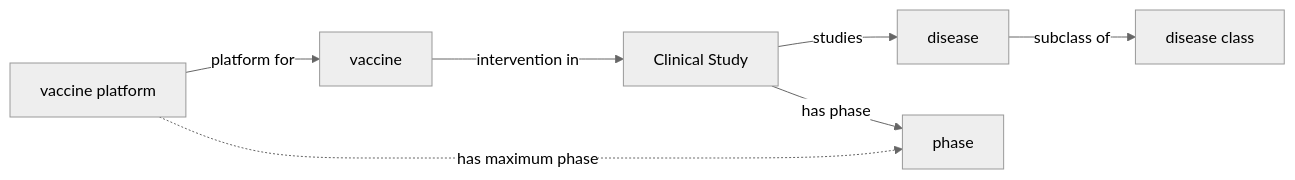
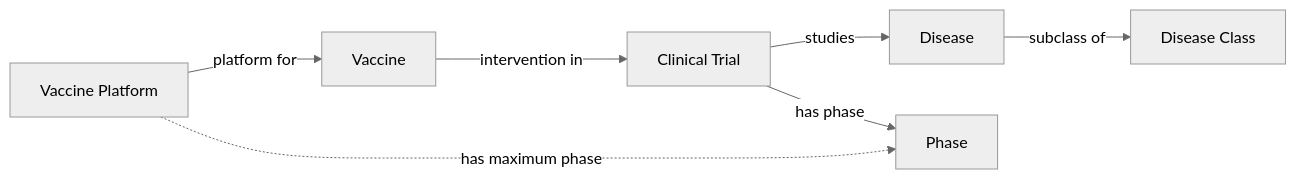
The fifth of 7 diagrams in _posts/2025-01-23-clinical-trials-model.md (cthoyt/cthoyt.github.io), drawn with Mermaid (neutral theme) before and after one commit. The commit also changed other lines of this file, not shown here.

````diff
--- a/_posts/2025-01-23-clinical-trials-model.md
+++ b/_posts/2025-01-23-clinical-trials-model.md
@@ -516,6 +565,6 @@
 ```mermaid
    graph LR
-     vaccineplatform[vaccine platform] -- platform for --> vaccine -- intervention in --> trial[Clinical Study] -- studies --> disease -- subclass of --> diseaseclass[disease class]
-     trial -- has phase --> phase
+     vaccineplatform[Vaccine Platform] -- platform for --> vaccine[Vaccine] -- intervention in --> trial[Clinical Trial] -- studies --> disease[Disease] -- subclass of --> diseaseclass[Disease Class]
+     trial -- has phase --> phase[Phase]
      vaccineplatform -. has maximum phase .-> phase
 ```
````
